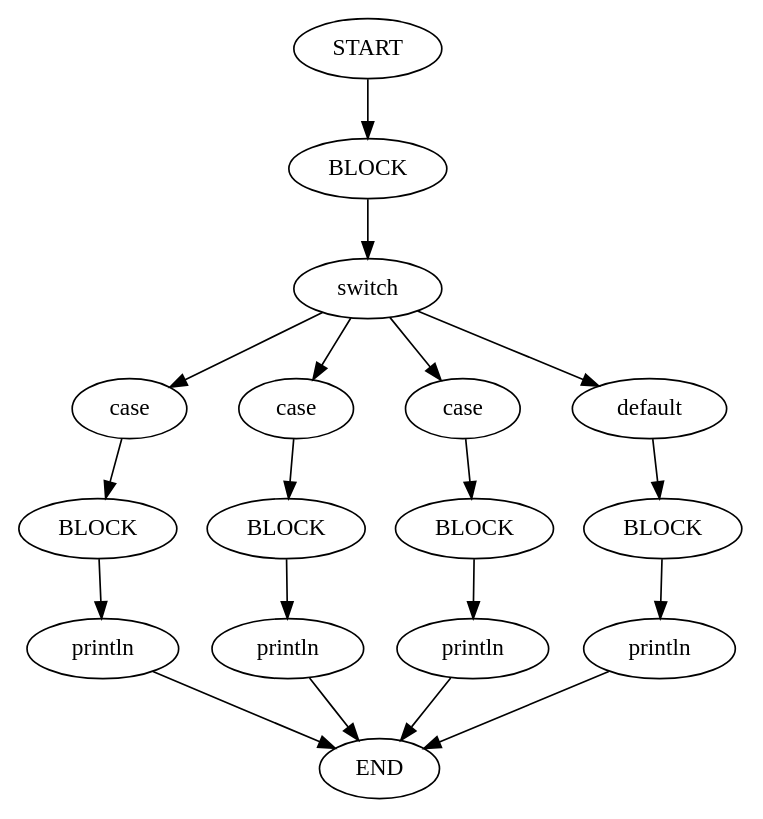
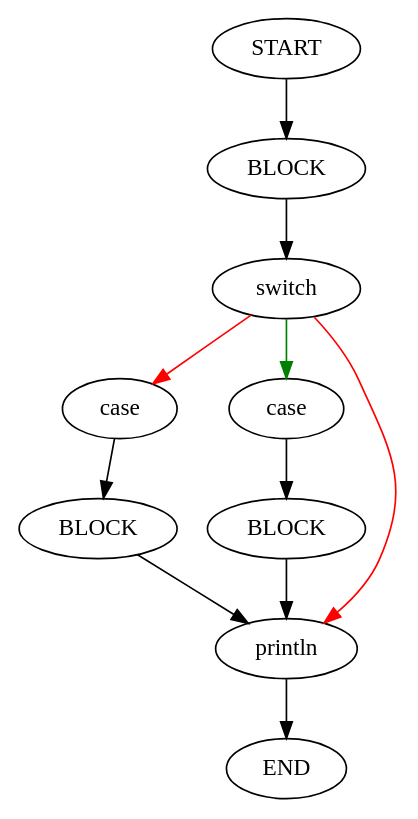
Before and after one commit to thomasw234/tww503_pwe: the diagram in figures/branchtest/switch2.dot, drawn with Graphviz. The commit also changed 66 other files, not shown here.

```diff
--- a/figures/branchtest/switch2.dot
+++ b/figures/branchtest/switch2.dot
@@ -1,54 +1,31 @@
 digraph testGraph {
-2[label=" START"]
-5[label="BLOCK"]
-2 -> 5[color=black]
-5[label=" BLOCK"]
-11[label="switch"]
-5 -> 11[color=black]
-11[label=" switch"]
-12[label="case"]
-11 -> 12[color=black]
-19[label="case"]
-11 -> 19[color=black]
-26[label="case"]
-11 -> 26[color=black]
-33[label="default"]
-11 -> 33[color=black]
-12[label=" case"]
-14[label="BLOCK"]
-12 -> 14[color=black]
-19[label=" case"]
-21[label="BLOCK"]
-19 -> 21[color=black]
-26[label=" case"]
-28[label="BLOCK"]
-26 -> 28[color=black]
-33[label=" default"]
-34[label="BLOCK"]
-33 -> 34[color=black]
-14[label=" BLOCK"]
-17[label="println"]
-14 -> 17[color=black]
-21[label=" BLOCK"]
-24[label="println"]
-21 -> 24[color=black]
-28[label=" BLOCK"]
-31[label="println"]
-28 -> 31[color=black]
-34[label=" BLOCK"]
-37[label="println"]
-34 -> 37[color=black]
-17[label=" println"]
-3[label="END"]
-17 -> 3[color=black]
-24[label=" println"]
-3[label="END"]
-24 -> 3[color=black]
-31[label=" println"]
-3[label="END"]
-31 -> 3[color=black]
-37[label=" println"]
-3[label="END"]
-37 -> 3[color=black]
-3[label=" END"]
+0[label=" START"]
+3[label="BLOCK"]
+0 -> 3[color=black]
+3[label=" BLOCK"]
+9[label="switch"]
+3 -> 9[color=black]
+9[label=" switch"]
+10[label="case"]
+9 -> 10[color=red]
+14[label="case"]
+9 -> 14[color=green]
+22[label="println"]
+9 -> 22[color=red]
+10[label=" case"]
+12[label="BLOCK"]
+10 -> 12[color=black]
+14[label=" case"]
+16[label="BLOCK"]
+14 -> 16[color=black]
+22[label=" println"]
+1[label="END"]
+22 -> 1[color=black]
+12[label=" BLOCK"]
+22[label="println"]
+12 -> 22[color=black]
+16[label=" BLOCK"]
+22[label="println"]
+16 -> 22[color=black]
+1[label=" END"]
 }
```
